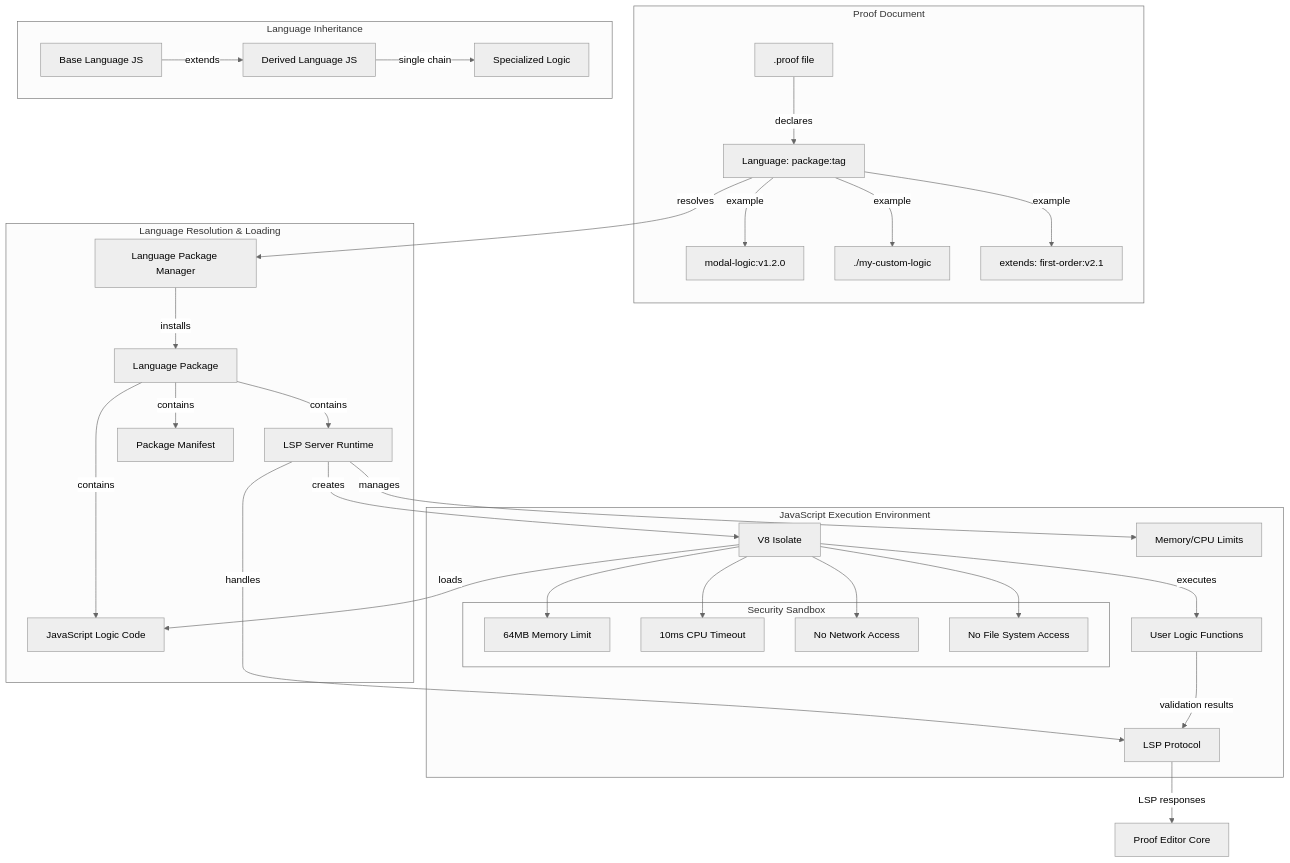
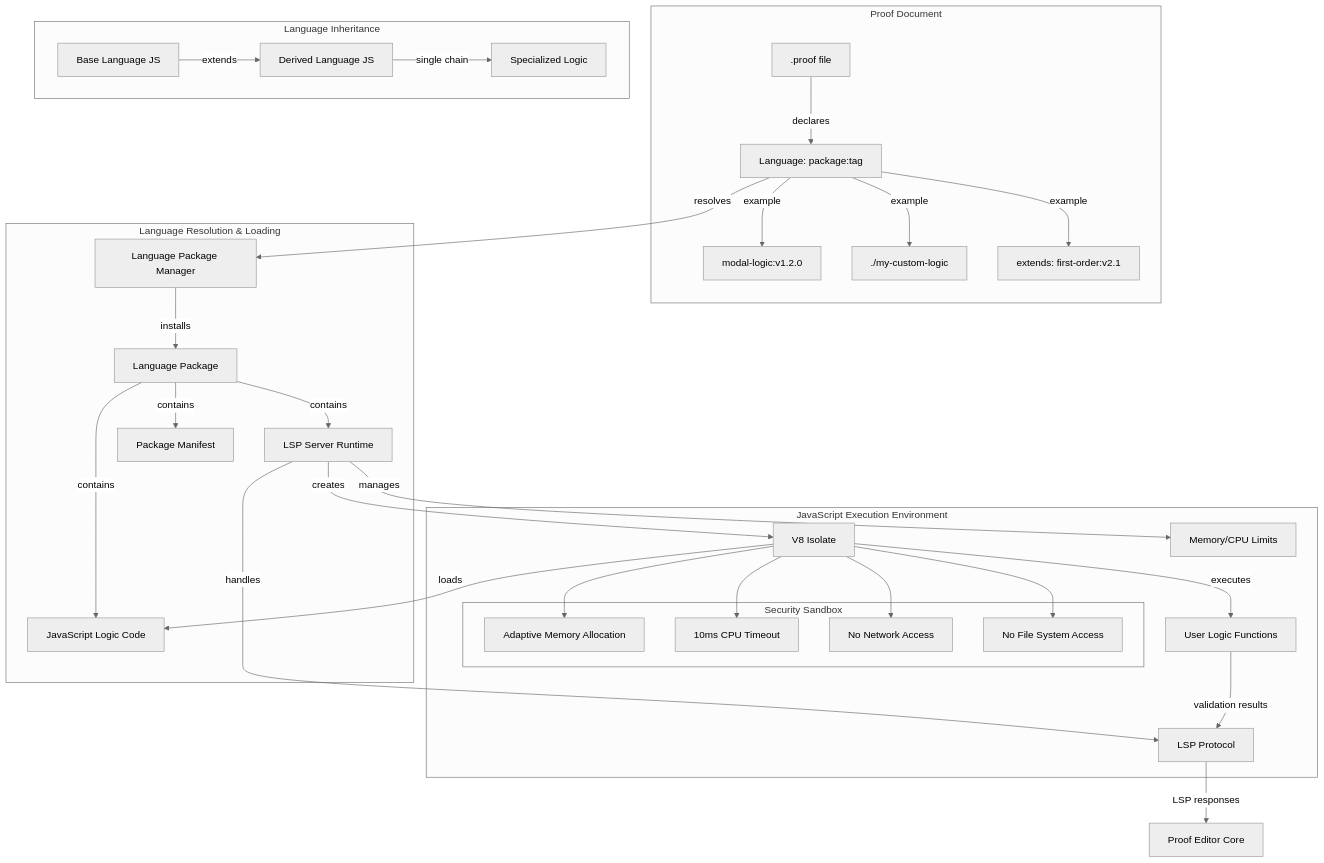
The diagram in docs/08-technical-design/language/language-architecture.md (nate123456/proof-editor), drawn with Mermaid (neutral theme) before and after one commit. The commit also changed other lines of this file and 47 other files, not shown here.

````diff
--- a/docs/08-technical-design/language/language-architecture.md
+++ b/docs/08-technical-design/language/language-architecture.md
@@ -19,45 +19,45 @@
 ```mermaid
 graph TD
     subgraph "Proof Document"
         A[.proof file] -->|declares| B[Language: package:tag]
         B -->|example| B1["modal-logic:v1.2.0"]
         B -->|example| B2["./my-custom-logic"]
         B -->|example| B3["extends: first-order:v2.1"]
     end
     
     subgraph "Language Resolution & Loading"
         B -->|resolves| C[Language Package Manager]
         C -->|installs| D[Language Package]
         D -->|contains| E[JavaScript Logic Code]
         D -->|contains| F[LSP Server Runtime]
         D -->|contains| G[Package Manifest]
     end
     
     subgraph "JavaScript Execution Environment"
         F -->|creates| H[V8 Isolate]
         H -->|loads| E
         H -->|executes| I[User Logic Functions]
         F -->|manages| J[Memory/CPU Limits]
         F -->|handles| K[LSP Protocol]
         
         subgraph "Security Sandbox"
-            L[64MB Memory Limit]
+            L[Adaptive Memory Allocation]
             M[10ms CPU Timeout]
             N[No Network Access]
             O[No File System Access]
         end
         
         H --> L
         H --> M
         H --> N
         H --> O
     end
     
     subgraph "Language Inheritance"
         P[Base Language JS] -->|extends| Q[Derived Language JS]
         Q -->|single chain| R[Specialized Logic]
     end
     
     I -->|validation results| K
     K -->|LSP responses| S[Proof Editor Core]
 ```
````
